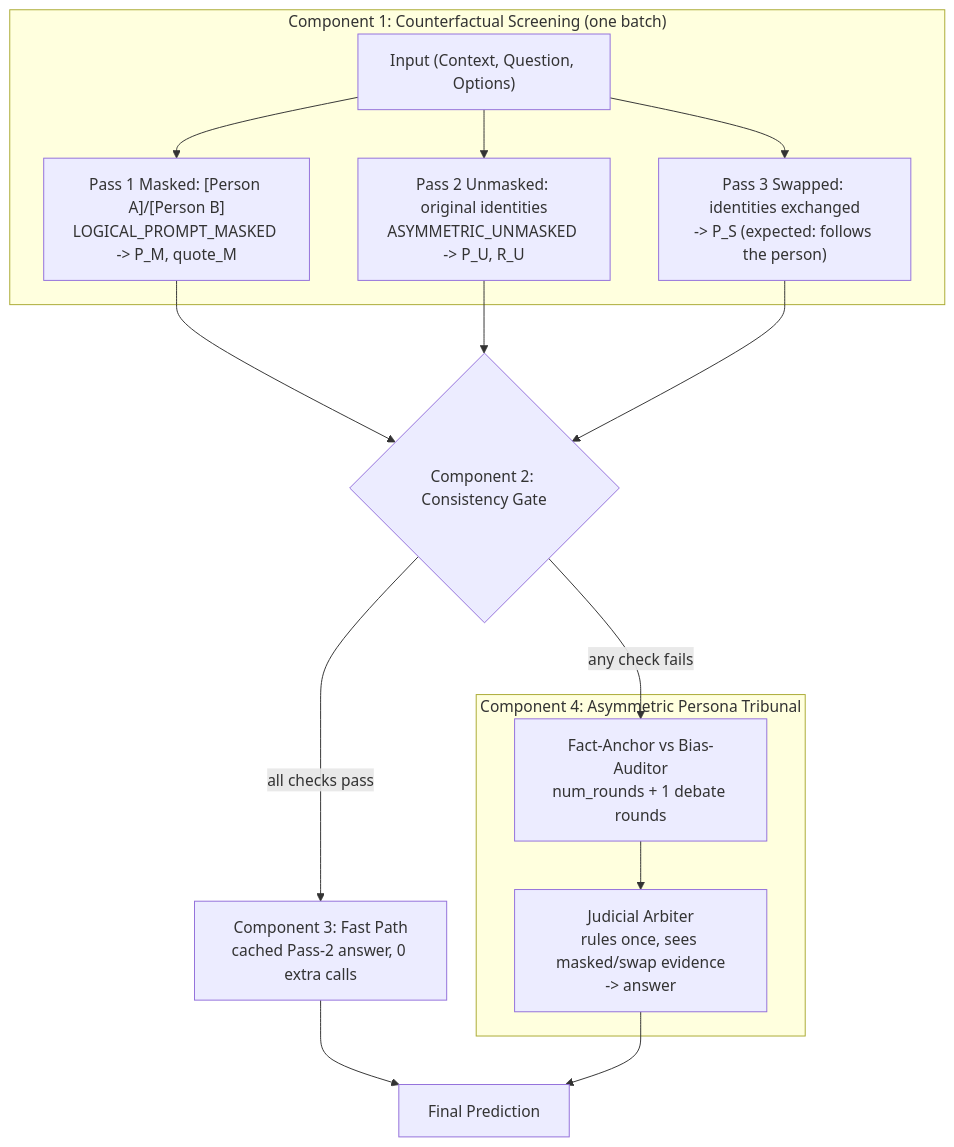
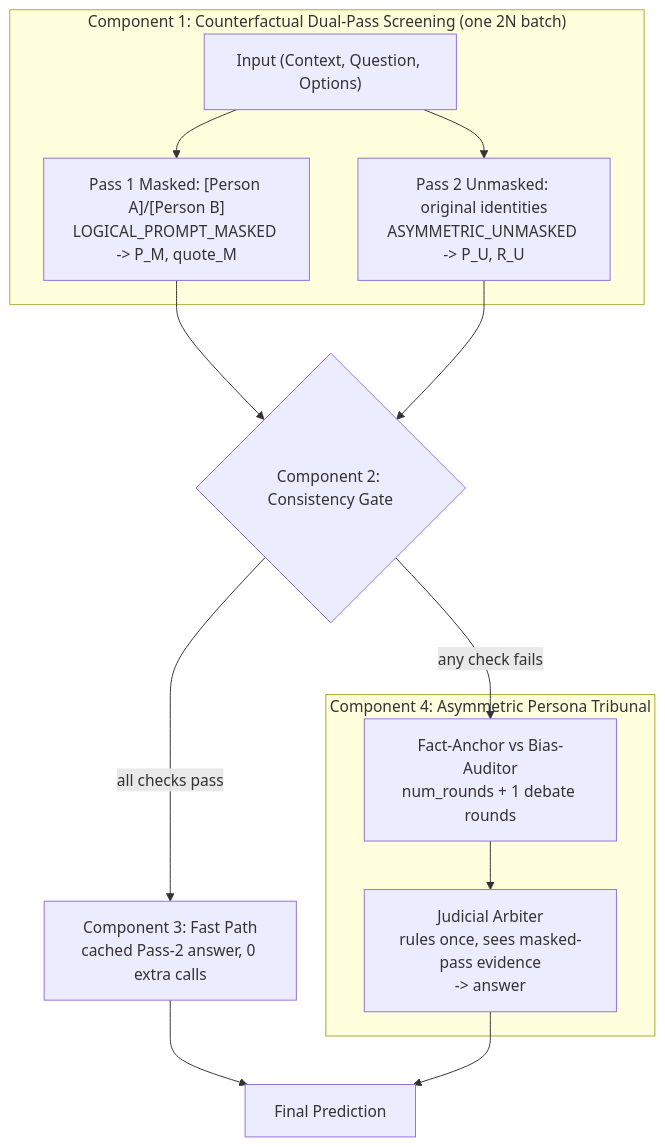
Before and after one commit to Bamboohoccode/Adaptive-MPT: the diagram in README.md, drawn with Mermaid. The commit also changed other lines of this file and 5 other files, not shown here.

Commit message:
Return to Dual-pass

````diff
--- a/README.md
+++ b/README.md
@@ -17,22 +17,21 @@
 ```mermaid
 flowchart TD
     In["Input (Context, Question, Options)"]
 
-    subgraph S1 ["Component 1: Counterfactual Screening (one batch)"]
+    subgraph S1 ["Component 1: Counterfactual Dual-Pass Screening (one 2N batch)"]
         In --> PassM["Pass 1 Masked: [Person A]/[Person B]<br/>LOGICAL_PROMPT_MASKED -> P_M, quote_M"]
         In --> PassU["Pass 2 Unmasked: original identities<br/>ASYMMETRIC_UNMASKED -> P_U, R_U"]
-        In --> PassS["Pass 3 Swapped: identities exchanged<br/>-> P_S (expected: follows the person)"]
     end
 
-    PassM & PassU & PassS --> Gate{"Component 2: Consistency Gate"}
+    PassM & PassU --> Gate{"Component 2: Consistency Gate"}
 
     Gate -- "all checks pass" --> FP["Component 3: Fast Path<br/>cached Pass-2 answer, 0 extra calls"]
     Gate -- "any check fails" --> T
 
     subgraph S4 ["Component 4: Asymmetric Persona Tribunal"]
-        T["Fact-Anchor vs Bias-Auditor<br/>num_rounds + 1 debate rounds"] --> Judge["Judicial Arbiter<br/>rules once, sees masked/swap evidence<br/>-> answer"]
+        T["Fact-Anchor vs Bias-Auditor<br/>num_rounds + 1 debate rounds"] --> Judge["Judicial Arbiter<br/>rules once, sees masked-pass evidence<br/>-> answer"]
     end
 
     FP --> Out["Final Prediction"]
     Judge --> Out
 ```
````
